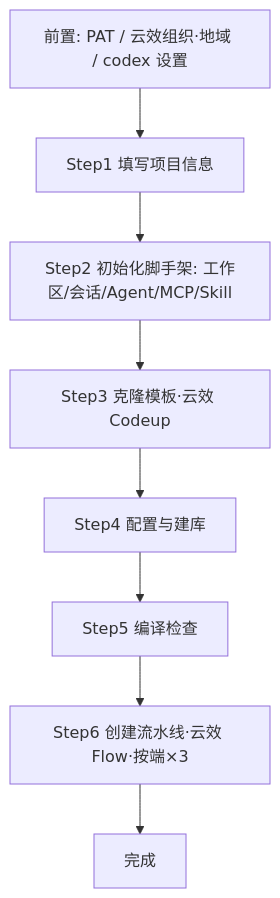
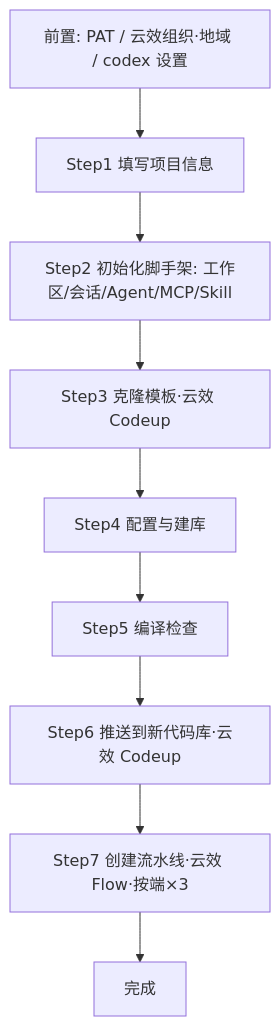
The first of 2 diagrams in docs/PRD-插件体系与新建项目插件.md (yswenli/luban-agent), drawn with Mermaid before and after one commit. The commit also changed other lines of this file, not shown here.

First line of the commit message:
docs: PRD v0.11 新增 Step6 推送到新代码库、七步草图、去代码化

````diff
--- a/docs/PRD-插件体系与新建项目插件.md
+++ b/docs/PRD-插件体系与新建项目插件.md
@@ -532,10 +376,11 @@
 ```mermaid
 flowchart TD
     P[前置: PAT / 云效组织·地域 / codex 设置] --> A[Step1 填写项目信息]
     A --> B[Step2 初始化脚手架: 工作区/会话/Agent/MCP/Skill]
     B --> C[Step3 克隆模板·云效 Codeup]
     C --> D[Step4 配置与建库]
     D --> E[Step5 编译检查]
-    E --> F[Step6 创建流水线·云效 Flow·按端×3]
-    F --> G[完成]
+    E --> F[Step6 推送到新代码库·云效 Codeup]
+    F --> G[Step7 创建流水线·云效 Flow·按端×3]
+    G --> H[完成]
 ```
````
